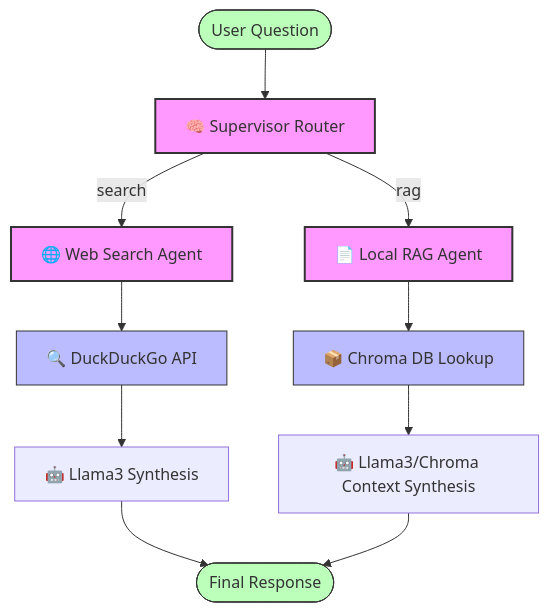
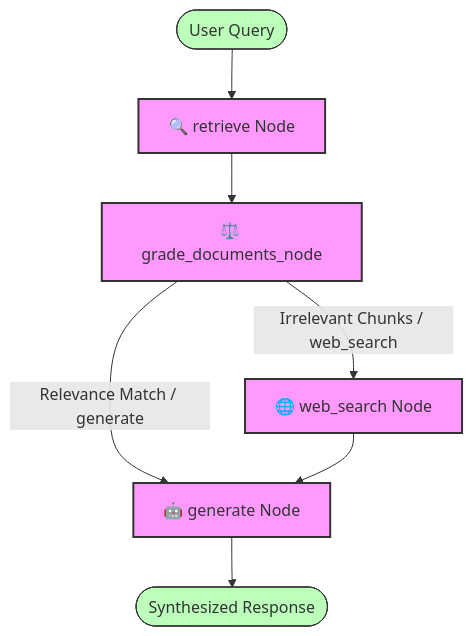
One commit to saikrishnaallam/local_multi_agent_rag changed the diagram in README.md. Above: the diagram before and after it, drawn with Mermaid. The commit also changed other lines of this file, not shown here.

Commit message:
Update README.md with comprehensive project architectural changes, comparisons, setup steps, and design rationales

````diff
--- a/README.md
+++ b/README.md
@@ -11,23 +13,16 @@
 ```mermaid
 flowchart TD
-    Start([User Question]) --> Router[🧠 Supervisor Router]
-    Router -->|search| WebSearch[🌐 Web Search Agent]
-    Router -->|rag| LocalRAG[📄 Local RAG Agent]
+    Start([User Query]) --> Retrieve[🔍 retrieve Node]
+    Retrieve --> Grade[⚖️ grade_documents_node]
     
-    WebSearch --> DDG[🔍 DuckDuckGo API]
-    DDG --> WebSynth[🤖 Llama3 Synthesis]
+    Grade -->|Relevance Match / generate| Generate[🤖 generate Node]
+    Grade -->|Irrelevant Chunks / web_search| WebSearch[🌐 web_search Node]
     
-    LocalRAG --> Chroma[📦 Chroma DB Lookup]
-    Chroma --> RAGSynth[🤖 Llama3/Chroma Context Synthesis]
-    
-    WebSynth --> End([Final Response])
-    RAGSynth --> End
-    
-    classDef agent fill:#f9f,stroke:#333,stroke-width:2px;
-    classDef tool fill:#bbf,stroke:#333,stroke-width:1px;
-    classDef io fill:#bfb,stroke:#333,stroke-width:1px;
-    
-    class Router,WebSearch,LocalRAG agent;
-    class DDG,Chroma tool;
-    class Start,End io;
+    WebSearch --> Generate
+    Generate --> End([Synthesized Response])
+
+    classDef nodeStyle fill:#f9f,stroke:#333,stroke-width:2px;
+    classDef ioStyle fill:#bfb,stroke:#333,stroke-width:1px;
+    class Retrieve,Grade,Generate,WebSearch nodeStyle;
+    class Start,End ioStyle;
 ```
````
